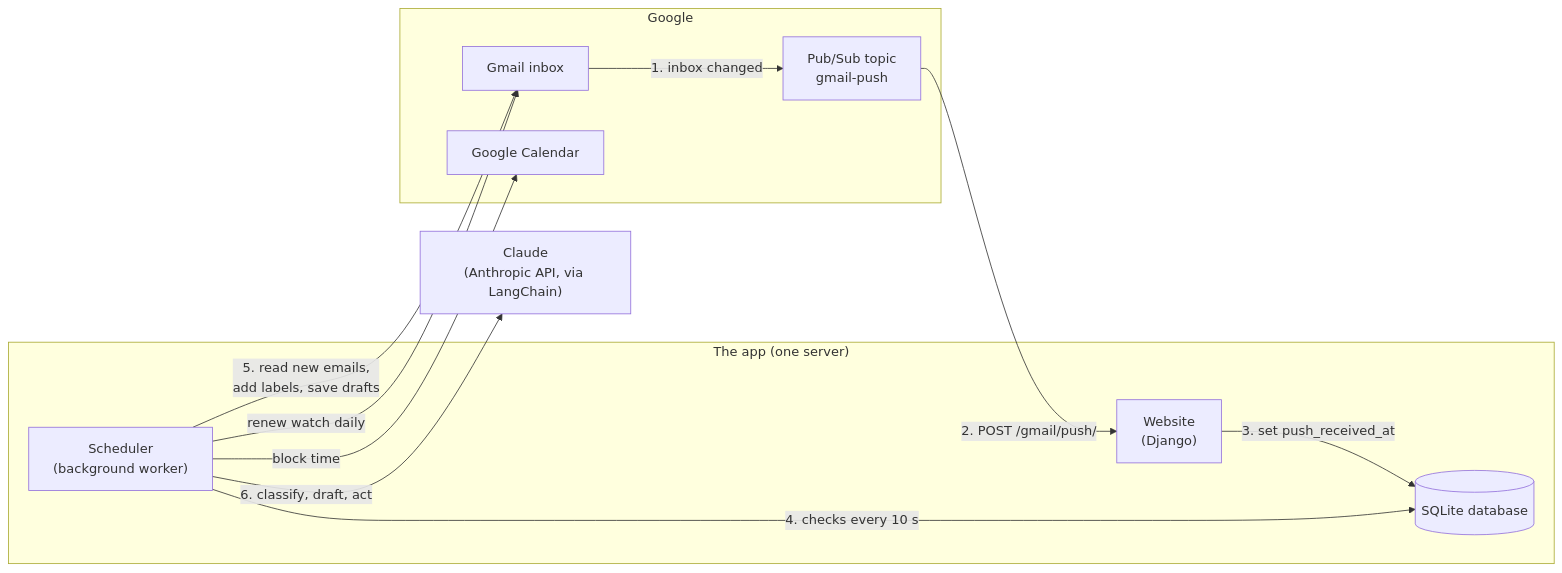
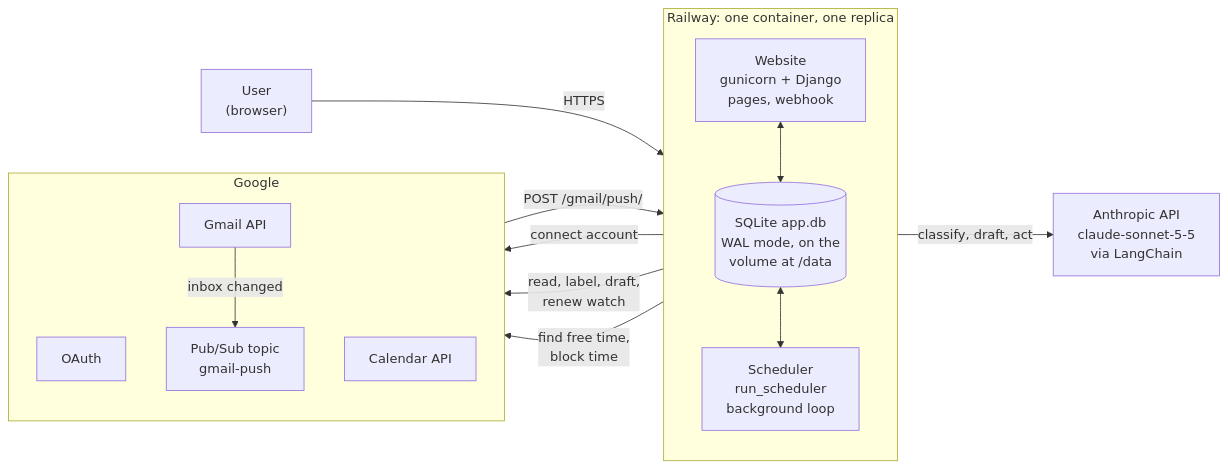
One commit to Ryancg3/email-agent-hack-2026 changed the first of 7 diagrams in docs/system-design.md. Above: the diagram before and after it, drawn with Mermaid. The commit also changed other lines of this file, not shown here.

First line of the commit message:
Expand the system design doc with diagrams (SHY-18)

````diff
--- a/docs/system-design.md
+++ b/docs/system-design.md
@@ -8,25 +34,31 @@
 ```mermaid
 flowchart LR
-    subgraph Google
-        GM[Gmail inbox]
-        PS[Pub/Sub topic<br/>gmail-push]
-        CAL[Google Calendar]
+    U["User<br/>(browser)"]
+
+    subgraph Railway["Railway: one container, one replica"]
+        direction TB
+        WEB["Website<br/>gunicorn + Django<br/>pages, webhook"]
+        DB[("SQLite app.db<br/>WAL mode, on the<br/>volume at /data")]
+        SCH["Scheduler<br/>run_scheduler<br/>background loop"]
+        WEB <--> DB
+        DB <--> SCH
     end
 
-    subgraph App["The app (one server)"]
-        WEB["Website<br/>(Django)"]
-        DB[("SQLite database")]
-        SCH["Scheduler<br/>(background worker)"]
+    subgraph Google["Google"]
+        direction TB
+        OAUTH["OAuth"]
+        PS["Pub/Sub topic<br/>gmail-push"]
+        GM["Gmail API"]
+        CAL["Calendar API"]
     end
 
-    CL["Claude<br/>(Anthropic API, via LangChain)"]
+    ANT["Anthropic API<br/>claude-sonnet-5-5<br/>via LangChain"]
 
-    GM -- "1. inbox changed" --> PS
-    PS -- "2. POST /gmail/push/" --> WEB
-    WEB -- "3. set push_received_at" --> DB
-    SCH -- "4. checks every 10 s" --> DB
-    SCH -- "5. read new emails,<br/>add labels, save drafts" --> GM
-    SCH -- "6. classify, draft, act" --> CL
-    SCH -- "block time" --> CAL
-    SCH -- "renew watch daily" --> GM
+    U -- "HTTPS" --> WEB
+    WEB -- "connect account" --> OAUTH
+    PS -- "POST /gmail/push/" --> WEB
+    GM -- "inbox changed" --> PS
+    SCH -- "read, label, draft,<br/>renew watch" --> GM
+    SCH -- "find free time,<br/>block time" --> CAL
+    SCH -- "classify, draft, act" --> ANT
 ```
````
